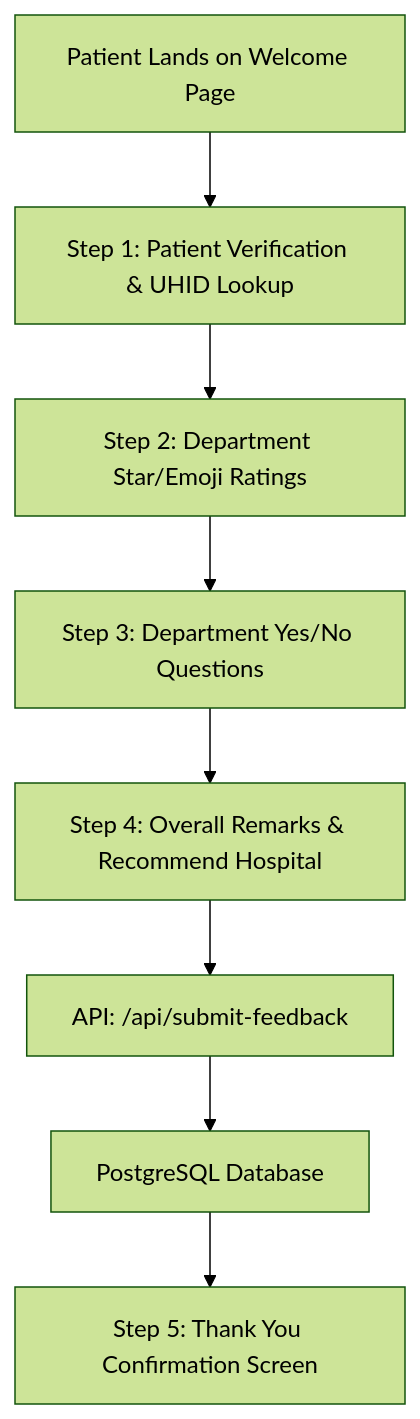
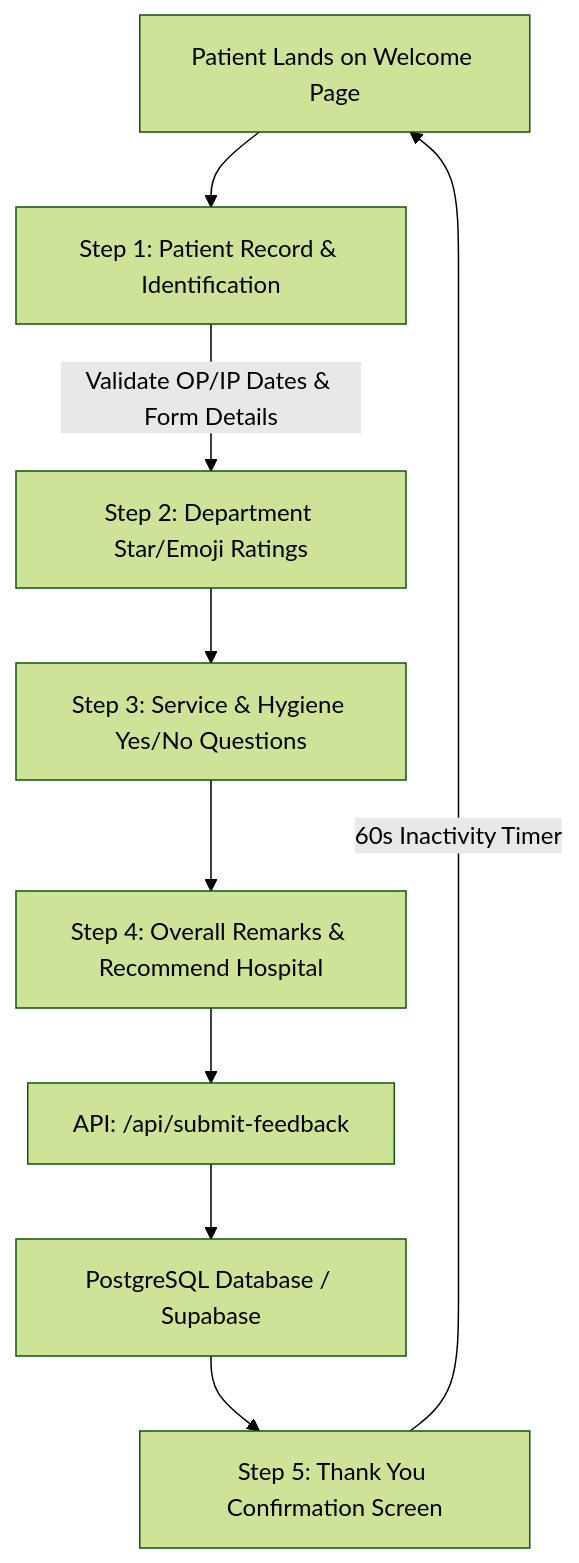
The first of 2 diagrams in TOI_DOCUMENT.md (Avaneesh-ravi/HMS_2.4), drawn with Mermaid (forest theme) before and after one commit. The commit also changed other lines of this file and 4 other files, not shown here.

````diff
--- a/TOI_DOCUMENT.md
+++ b/TOI_DOCUMENT.md
@@ -92,10 +97,11 @@
 ```mermaid
 graph TD
-    A[Patient Lands on Welcome Page] --> B[Step 1: Patient Verification & UHID Lookup]
-    B --> C[Step 2: Department Star/Emoji Ratings]
-    C --> D[Step 3: Department Yes/No Questions]
+    A[Patient Lands on Welcome Page] --> B[Step 1: Patient Record & Identification]
+    B -->|Validate OP/IP Dates & Form Details| C[Step 2: Department Star/Emoji Ratings]
+    C --> D[Step 3: Service & Hygiene Yes/No Questions]
     D --> E[Step 4: Overall Remarks & Recommend Hospital]
     E --> F[API: /api/submit-feedback]
-    F --> G[PostgreSQL Database]
+    F --> G[PostgreSQL Database / Supabase]
     G --> H[Step 5: Thank You Confirmation Screen]
+    H -->|60s Inactivity Timer| A
 ```
````
